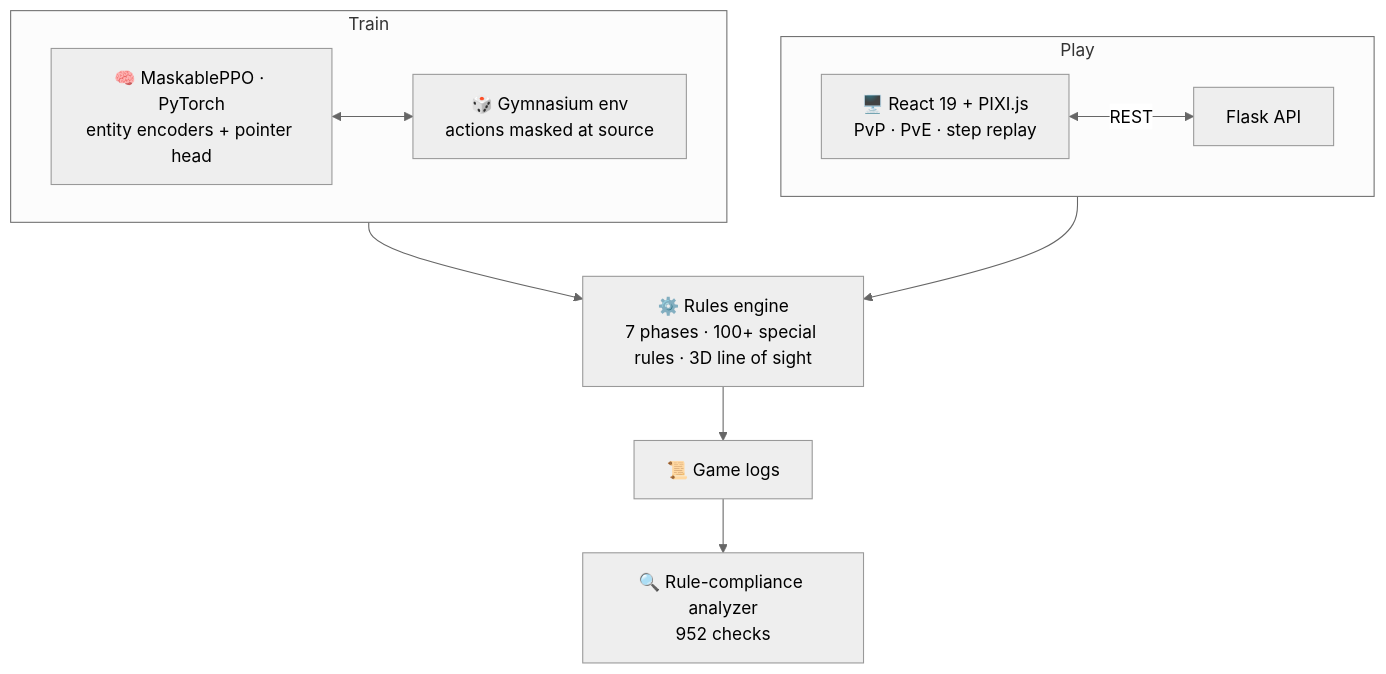
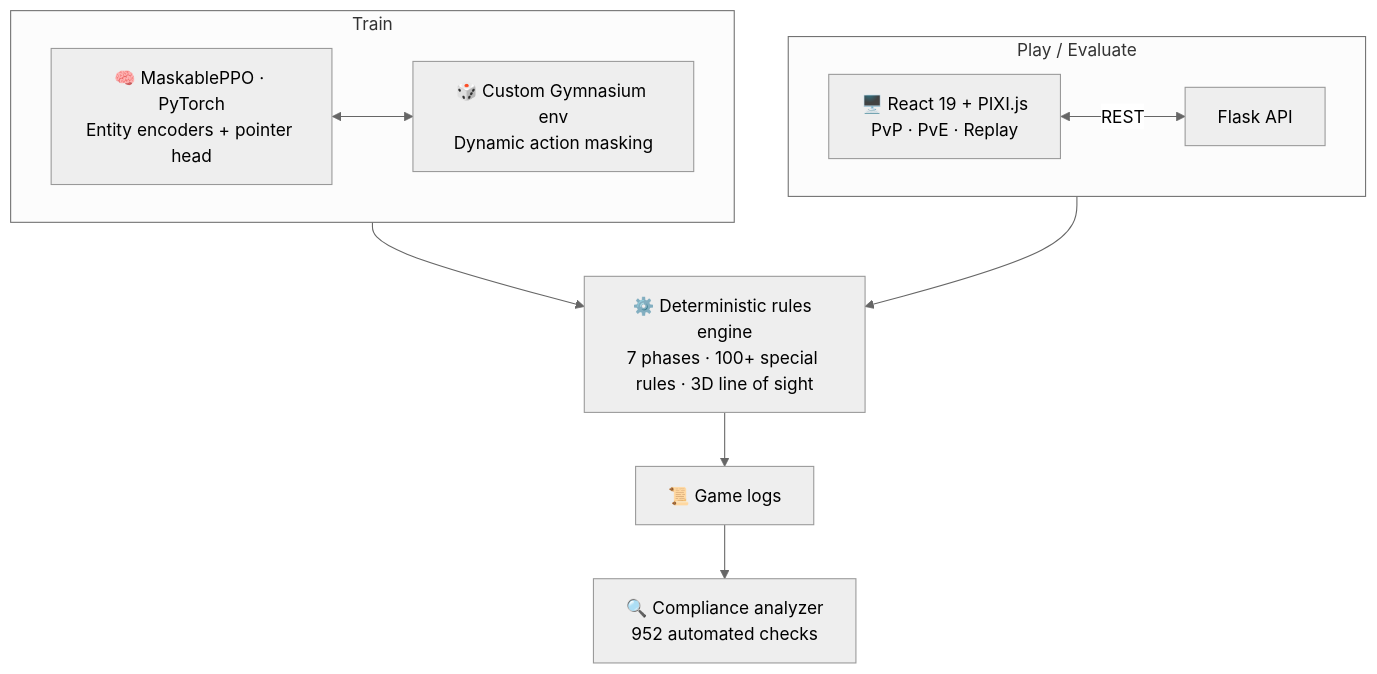
Before and after one commit to GregSQT/GregSQT: the diagram in README.md, drawn with Mermaid (neutral theme). The commit also changed other lines of this file, not shown here.

````diff
--- a/README.md
+++ b/README.md
@@ -69,14 +79,17 @@
 ```mermaid
 flowchart TB
-  subgraph PLAY[" Play "]
+  subgraph PLAY[" Play / Evaluate "]
     direction LR
-    UI["🖥️ React 19 + PIXI.js<br/>PvP · PvE · step replay"] <-->|REST| API["Flask API"]
+    UI["🖥️ React 19 + PIXI.js<br/>PvP · PvE · Replay"] <-->|REST| API["Flask API"]
   end
+
   subgraph TRAIN[" Train "]
     direction LR
-    PPO["🧠 MaskablePPO · PyTorch<br/>entity encoders + pointer head"] <--> GYM["🎲 Gymnasium env<br/>actions masked at source"]
+    PPO["🧠 MaskablePPO · PyTorch<br/>Entity encoders + pointer head"] <--> GYM["🎲 Custom Gymnasium env<br/>Dynamic action masking"]
   end
-  API --> ENGINE["⚙️ Rules engine<br/>7 phases · 100+ special rules · 3D line of sight"]
+
+  API --> ENGINE["⚙️ Deterministic rules engine<br/>7 phases · 100+ special rules · 3D line of sight"]
   GYM --> ENGINE
-  ENGINE --> LOGS["📜 Game logs"] --> ANALYZER["🔍 Rule-compliance analyzer<br/>952 checks"]
+  ENGINE --> LOGS["📜 Game logs"]
+  LOGS --> ANALYZER["🔍 Compliance analyzer<br/>952 automated checks"]
 ```
````
